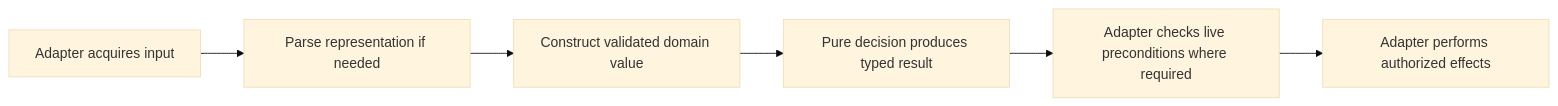
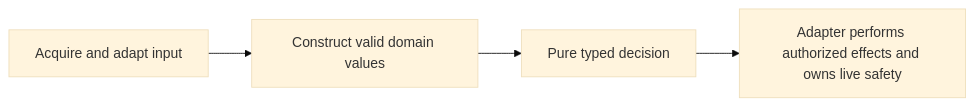
One commit to msitarz/ataraxia changed the diagram in doc/feat/validated-core/README.md. Above: the diagram before and after it, drawn with Mermaid (base theme). The commit also changed other lines of this file and 6 other files, not shown here.

````diff
--- a/doc/feat/validated-core/README.md
+++ b/doc/feat/validated-core/README.md
@@ -52,8 +51,6 @@
 ```mermaid
 flowchart LR
-    A[Adapter acquires input] --> P[Parse representation if needed]
-    P --> V[Construct validated domain value]
-    V --> C[Pure decision produces typed result]
-    C --> L[Adapter checks live preconditions where required]
-    L --> E[Adapter performs authorized effects]
+    A[Acquire and adapt input] --> V[Construct valid domain values]
+    V --> C[Pure typed decision]
+    C --> E[Adapter performs authorized effects and owns live safety]
 ```
````
